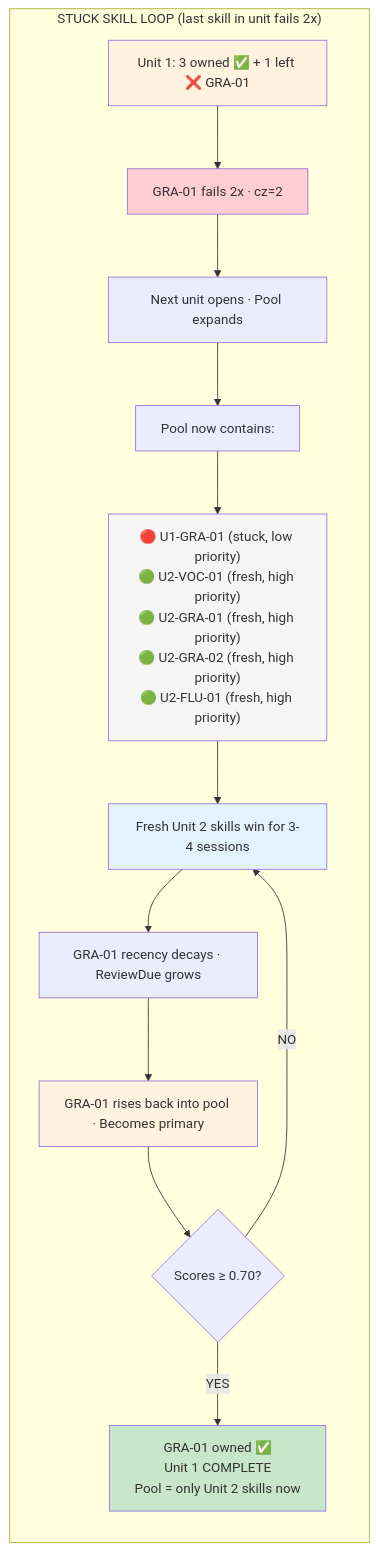
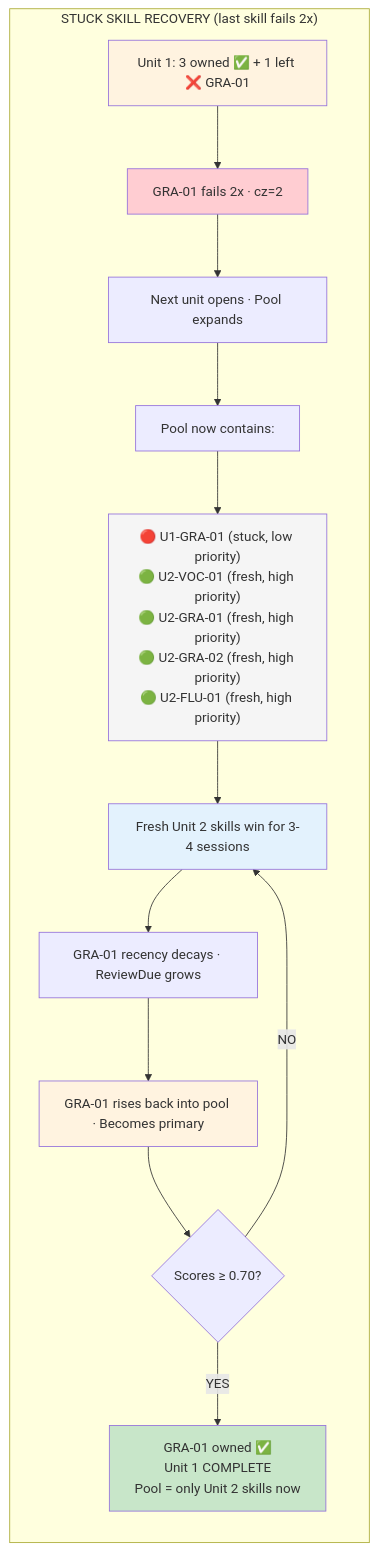
Before and after one commit to anshika410/English_learning_flutter_app: the third of 3 diagrams in docs/mintlify-src/adaptive-mastery.mdx, drawn with Mermaid. The commit also changed other lines of this file, not shown here.

Commit message:
docs: rename sections - Adaptive Learning Cycle, Priority-Based Selection, Stuck Skill Recovery

````diff
--- a/docs/mintlify-src/adaptive-mastery.mdx
+++ b/docs/mintlify-src/adaptive-mastery.mdx
@@ -103,23 +103,23 @@
 ```mermaid
 flowchart TB
-    subgraph STUCK["STUCK SKILL LOOP (last skill in unit fails 2x)"]
+    subgraph STUCK["STUCK SKILL RECOVERY (last skill fails 2x)"]
         direction TB
         S0[Unit 1: 3 owned ✅ + 1 left ❌ GRA-01] --> S1[GRA-01 fails 2x · cz=2]
         S1 --> S2[Next unit opens · Pool expands]
         S2 --> S3[Pool now contains:]
         S3 --> S4["🔴 U1-GRA-01 (stuck, low priority)<br/>🟢 U2-VOC-01 (fresh, high priority)<br/>🟢 U2-GRA-01 (fresh, high priority)<br/>🟢 U2-GRA-02 (fresh, high priority)<br/>🟢 U2-FLU-01 (fresh, high priority)"]
         S4 --> S5[Fresh Unit 2 skills win for 3-4 sessions]
         S5 --> S6[GRA-01 recency decays · ReviewDue grows]
         S6 --> S7[GRA-01 rises back into pool · Becomes primary]
         S7 --> S8{Scores ≥ 0.70?}
         S8 -->|YES| S9[GRA-01 owned ✅<br/>Unit 1 COMPLETE<br/>Pool = only Unit 2 skills now]
         S8 -->|NO| S5
     end
 
     style S0 fill:#fff3e0
     style S1 fill:#ffcdd2
     style S4 fill:#f5f5f5
     style S5 fill:#e3f2fd
     style S7 fill:#fff3e0
     style S9 fill:#c8e6c9
 ```
````
